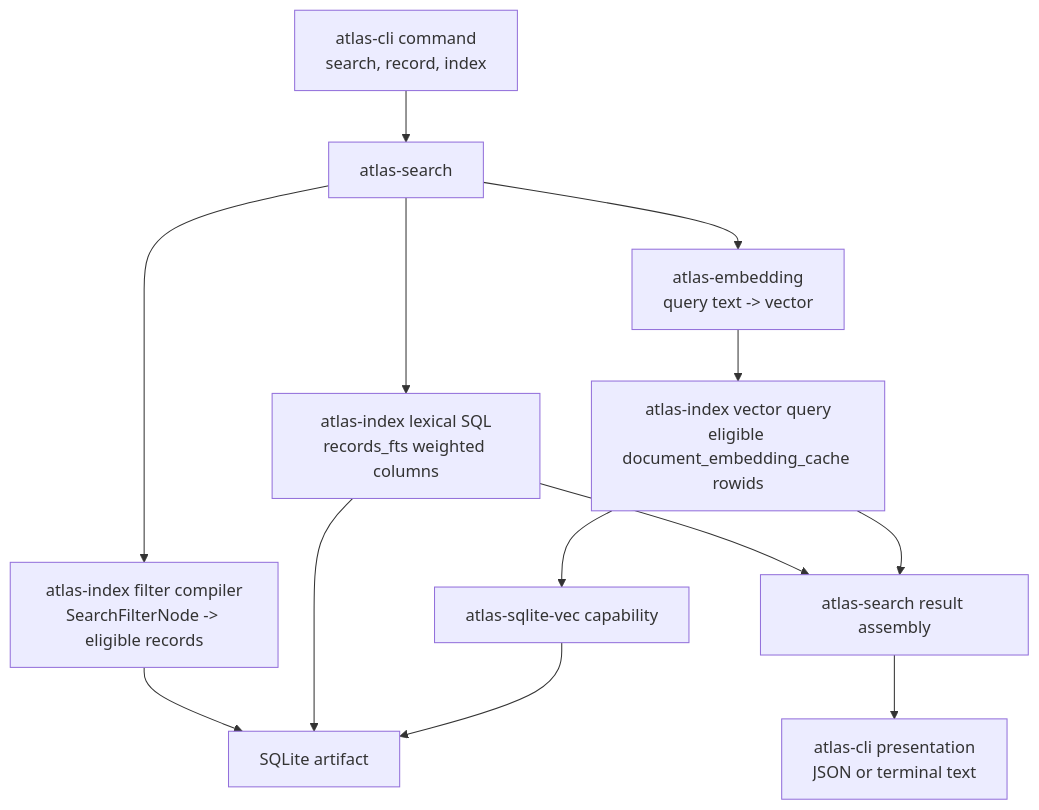
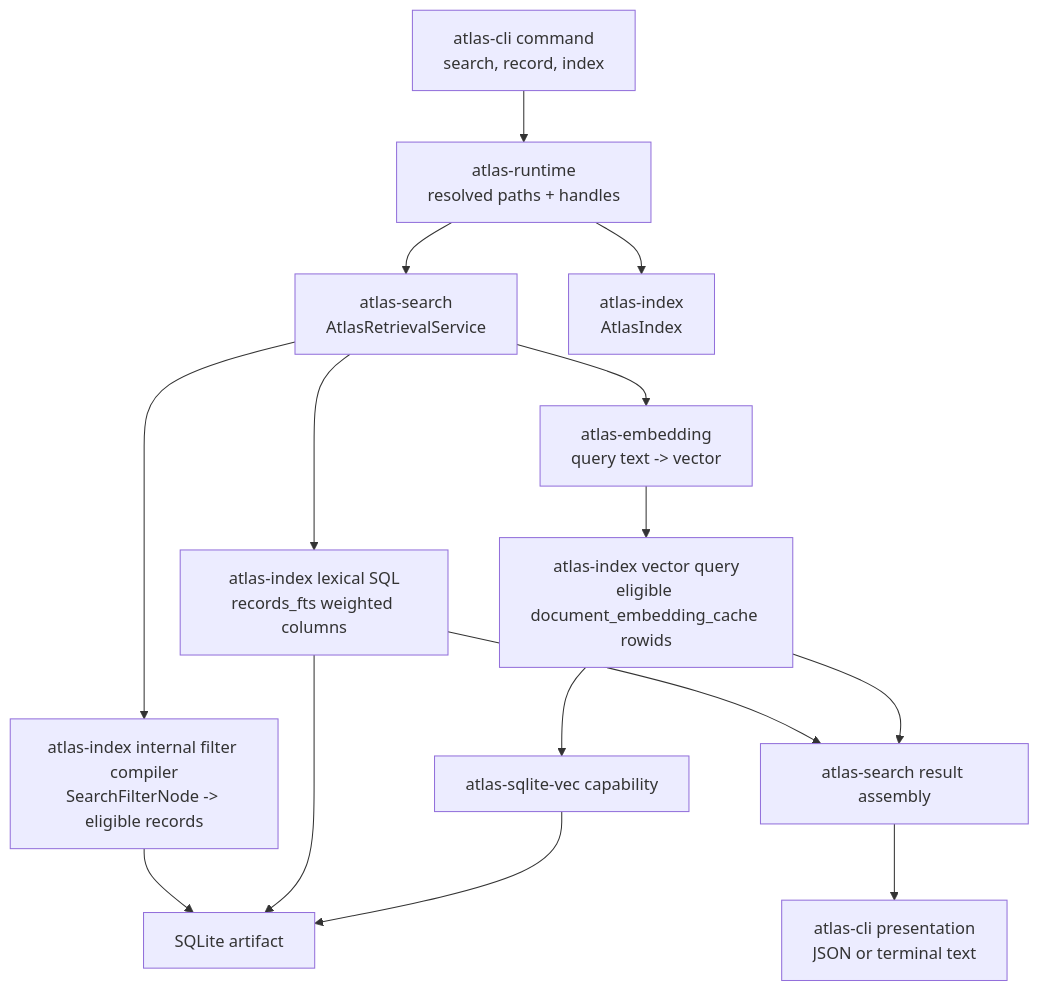
One commit to e-kosten/pf2e-atlas changed the fourth of 4 diagrams in docs/architecture/runtime.md. Above: the diagram before and after it, drawn with Mermaid. The commit also changed other lines of this file and 23 other files, not shown here.

````diff
--- a/docs/architecture/runtime.md
+++ b/docs/architecture/runtime.md
@@ -102,18 +103,20 @@
 ```mermaid
 flowchart TD
-    command["atlas-cli command<br/>search, record, index"] --> search["atlas-search"]
-    search --> filters["atlas-index filter compiler<br/>SearchFilterNode -> eligible records"]
+    command["atlas-cli command<br/>search, record, index"] --> runtime["atlas-runtime<br/>resolved paths + handles"]
+    runtime --> search["atlas-search<br/>AtlasRetrievalService"]
+    runtime --> index["atlas-index<br/>AtlasIndex"]
+    search --> filters["atlas-index internal filter compiler<br/>SearchFilterNode -> eligible records"]
     filters --> sqlite["SQLite artifact"]
 
     search --> lexical["atlas-index lexical SQL<br/>records_fts weighted columns"]
     lexical --> sqlite
 
     search --> queryVec["atlas-embedding<br/>query text -> vector"]
     queryVec --> vectorSql["atlas-index vector query<br/>eligible document_embedding_cache rowids"]
     vectorSql --> sqliteVec["atlas-sqlite-vec capability"]
     sqliteVec --> sqlite
 
     lexical --> collapse["atlas-search result assembly"]
     vectorSql --> collapse
     collapse --> output["atlas-cli presentation<br/>JSON or terminal text"]
 ```
````
